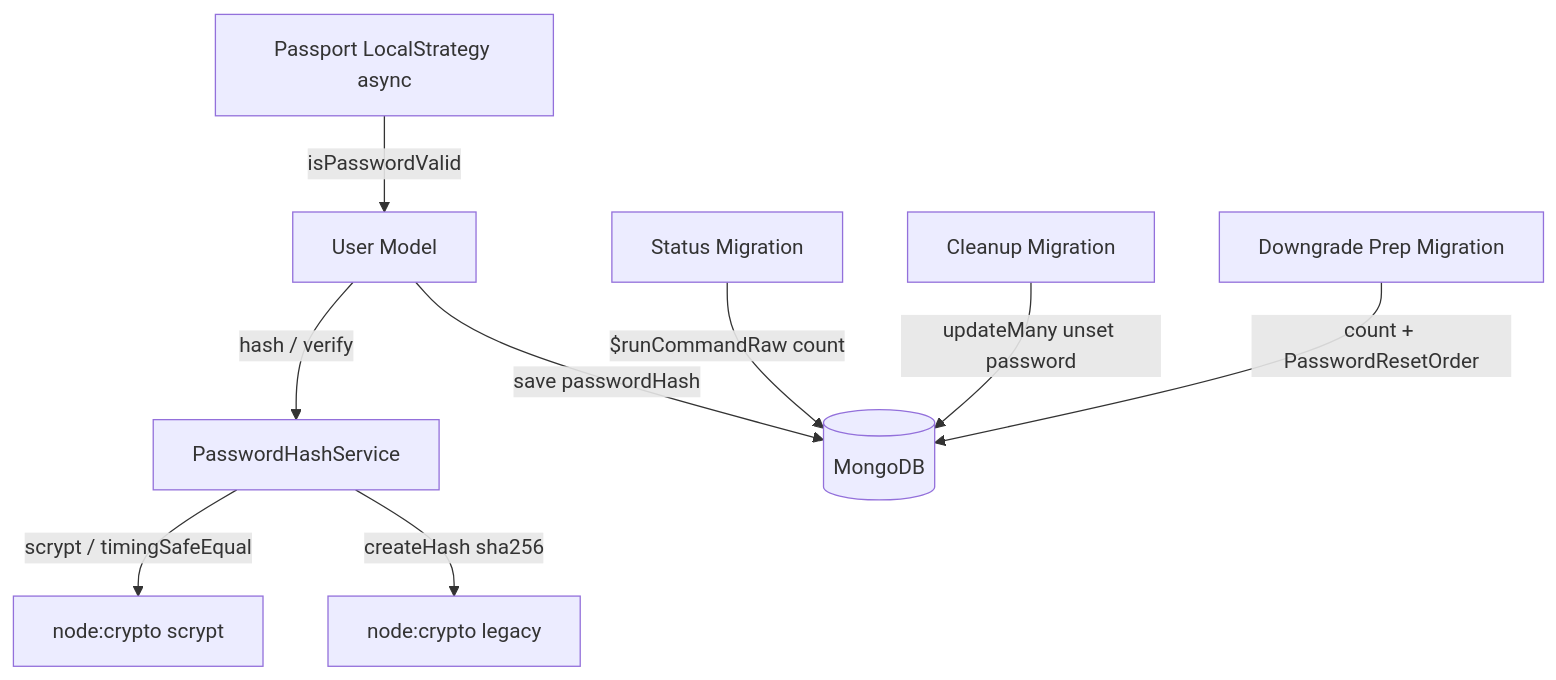
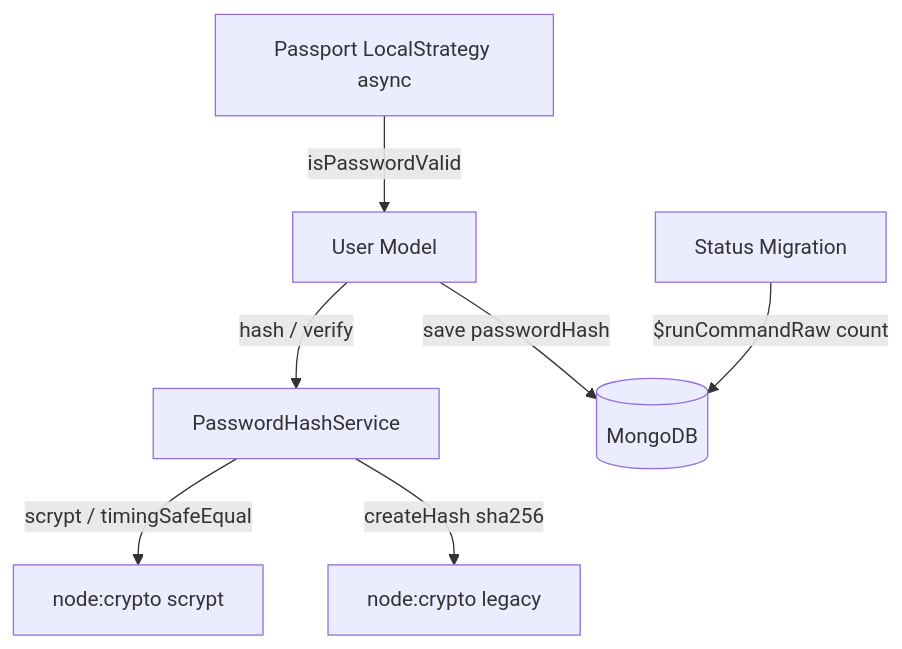
Before and after one commit to growilabs/growi: the first of 4 diagrams in .kiro/specs/password-hash-upgrade/design.md, drawn with Mermaid. The commit also changed other lines of this file and 8 other files, not shown here.

````diff
--- a/.kiro/specs/password-hash-upgrade/design.md
+++ b/.kiro/specs/password-hash-upgrade/design.md
@@ -95,11 +101,9 @@
 ```mermaid
 graph TB
     Passport[Passport LocalStrategy async] -->|isPasswordValid| UserModel[User Model]
     UserModel -->|hash / verify| PHS[PasswordHashService]
     PHS -->|scrypt / timingSafeEqual| NodeScrypt[node:crypto scrypt]
     PHS -->|createHash sha256| NodeCrypto[node:crypto legacy]
     UserModel -->|save passwordHash| MongoDB[(MongoDB)]
     StatusScript[Status Migration] -->|"$runCommandRaw count"| MongoDB
-    CleanupScript[Cleanup Migration] -->|updateMany unset password| MongoDB
-    DowngradeScript[Downgrade Prep Migration] -->|count + PasswordResetOrder| MongoDB
 ```
````
